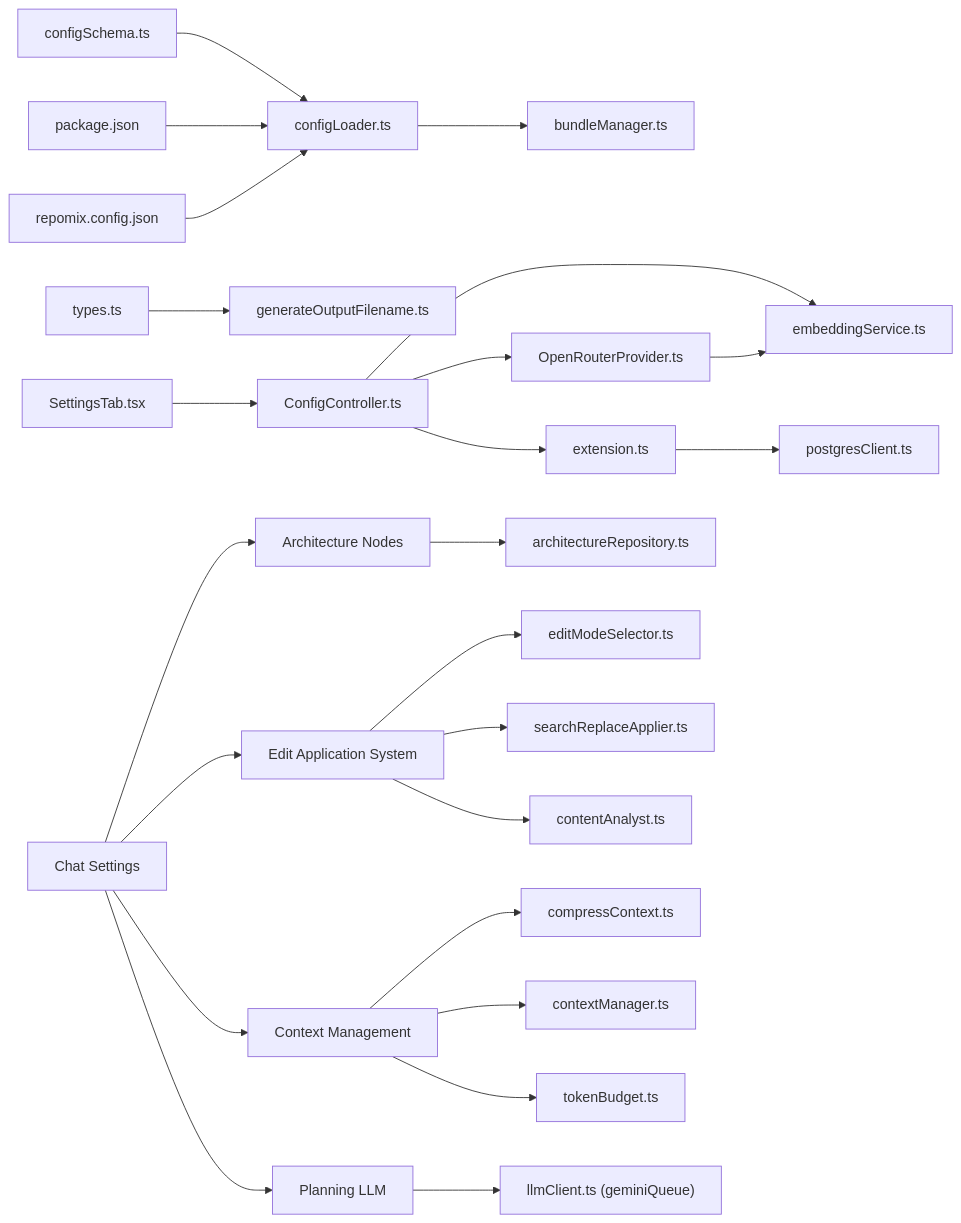
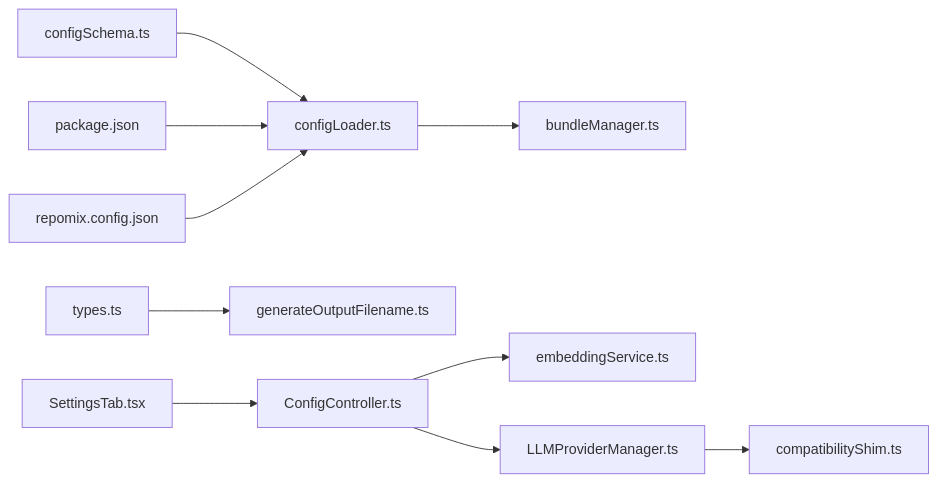
One commit to bramburn/repomix-runner changed the seventh of 7 diagrams in .qoder/repowiki/en/content/Configuration Management/Configuration Management.md. Above: the diagram before and after it, drawn with Mermaid. The commit also changed other lines of this file and 41 other files, not shown here.

````diff
--- a/.qoder/repowiki/en/content/Configuration Management/Configuration Management.md
+++ b/.qoder/repowiki/en/content/Configuration Management/Configuration Management.md
@@ -924,26 +421,12 @@
 ```mermaid
 graph LR
 CSCH["configSchema.ts"] --> CLDR["configLoader.ts"]
 PJSON["package.json"] --> CLDR
 RCFG["repomix.config.json"] --> CLDR
 CLDR --> BMGR["bundleManager.ts"]
 BTYP["types.ts"] --> GFNM["generateOutputFilename.ts"]
 SETAB["SettingsTab.tsx"] --> CCTL["ConfigController.ts"]
 CCTL --> EMB["embeddingService.ts"]
-CCTL --> OPROV["OpenRouterProvider.ts"]
-EXT["extension.ts"] --> PGCLIENT["postgresClient.ts"]
-CCTL --> EXT
-CHATCFG["Chat Settings"] --> ARCHNODES["Architecture Nodes"]
-CHATCFG --> EDITAPPLIER["Edit Application System"]
-CHATCFG --> CONTEXTMGR["Context Management"]
-CHATCFG --> PLANNING["Planning LLM"]
-ARCHNODES --> ARCREPO["architectureRepository.ts"]
-EDITAPPLIER --> EDITMODE["editModeSelector.ts"]
-EDITAPPLIER --> SEARCHAP["searchReplaceApplier.ts"]
-EDITAPPLIER --> CONTENTAN["contentAnalyst.ts"]
-CONTEXTMGR --> COMPCTX["compressContext.ts"]
-CONTEXTMGR --> CTXMAN["contextManager.ts"]
-CONTEXTMGR --> TKBUDGET["tokenBudget.ts"]
-PLANNING --> LLMQ["llmClient.ts (geminiQueue)"]
-OPROV --> EMB
+CCTL --> LLM["LLMProviderManager.ts"]
+LLM --> COMPAT["compatibilityShim.ts"]
 ```
````
